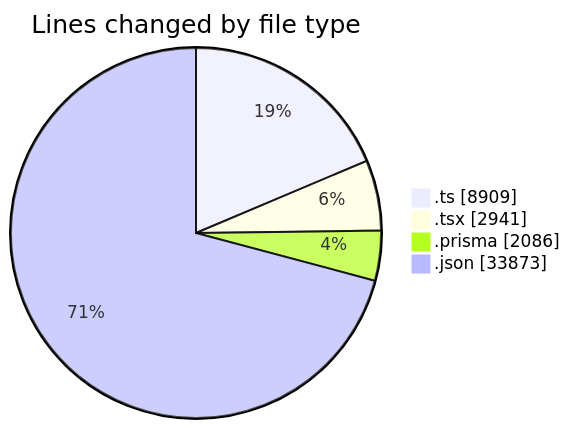
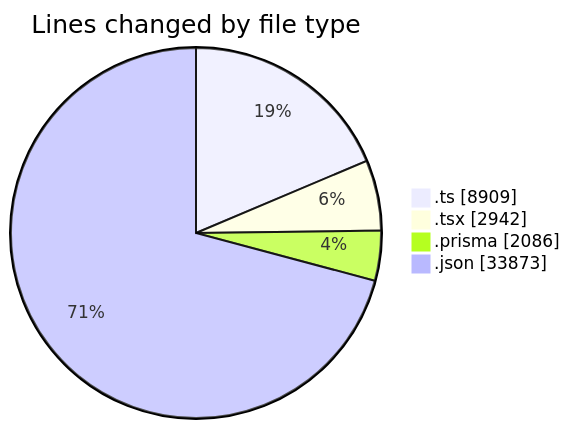
One commit to CELIANVF/code-tracking changed the first of 2 diagrams in 2025-05-19/ecodeli-1/README.md. Above: the diagram before and after it, drawn with Mermaid. The commit also changed other lines of this file and 1 other file, not shown here.

````diff
--- a/2025-05-19/ecodeli-1/README.md
+++ b/2025-05-19/ecodeli-1/README.md
@@ -54,8 +54,8 @@
 ```mermaid
 pie showData
 title Lines changed by file type
 ".ts" : 8909
-".tsx" : 2941
+".tsx" : 2942
 ".prisma" : 2086
 ".json" : 33873
 ```
````
